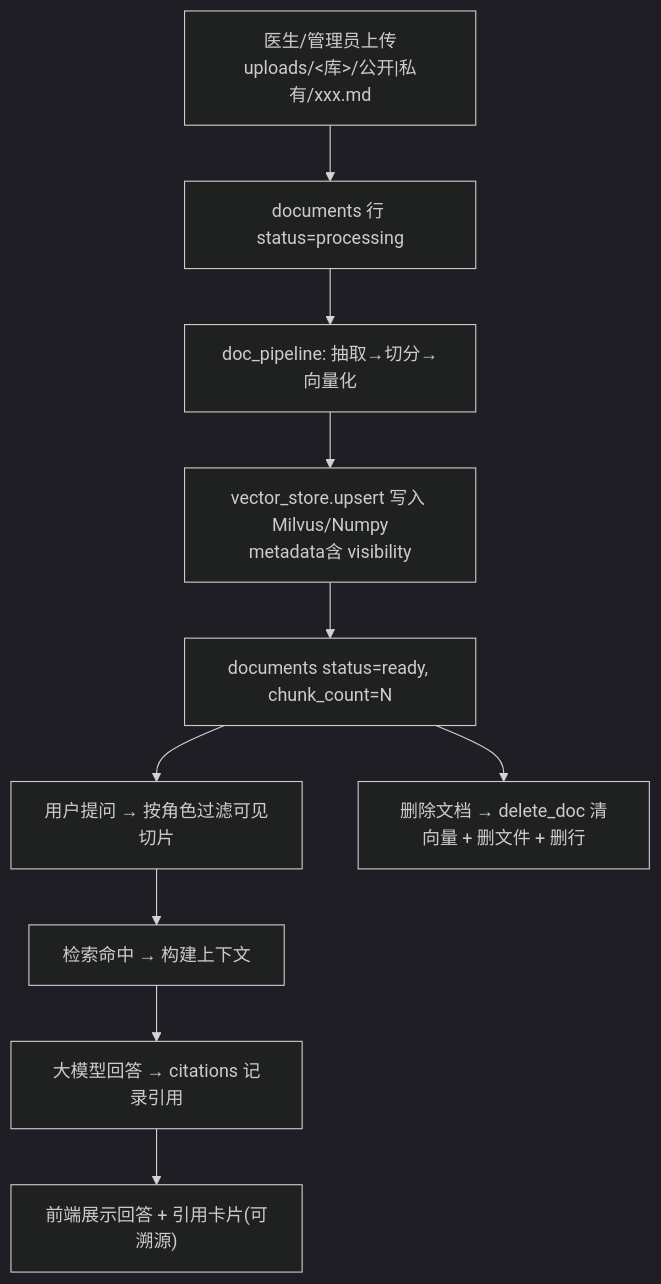
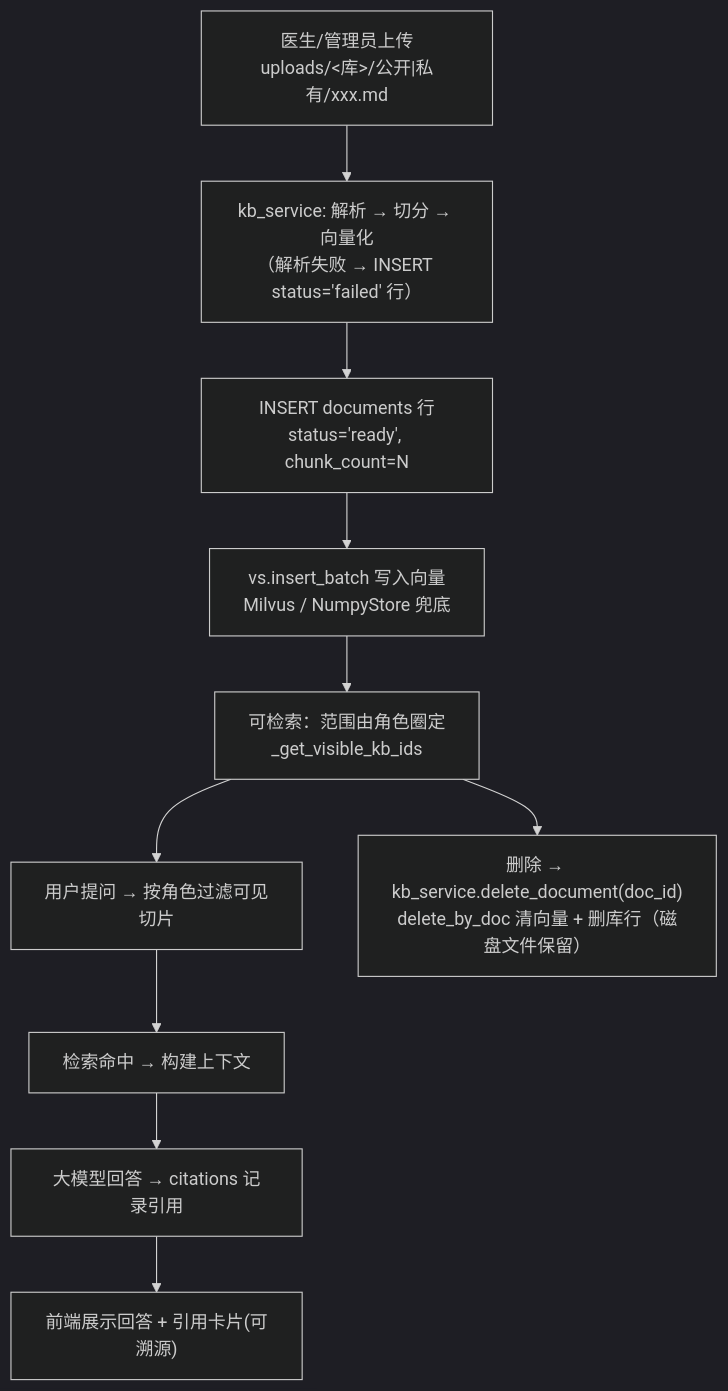
One commit to SFANBLOG/medical-assistant-master changed diagram 14 of 14 in 面试准备/项目完整架构与流程图.md. Above: the diagram before and after it, drawn with Mermaid (dark theme). The commit also changed other lines of this file and 3 other files, not shown here.

````diff
--- a/面试准备/项目完整架构与流程图.md
+++ b/面试准备/项目完整架构与流程图.md
@@ -361,12 +362,12 @@
 ```mermaid
 flowchart TD
-    A["医生/管理员上传<br/>uploads/<库>/公开|私有/xxx.md"] --> B["documents 行 status=processing"]
-    B --> C["doc_pipeline: 抽取→切分→向量化"]
-    C --> D["vector_store.upsert 写入 Milvus/Numpy<br/>metadata含 visibility"]
-    D --> E["documents status=ready, chunk_count=N"]
+    A["医生/管理员上传<br/>uploads/<库>/公开|私有/xxx.md"] --> B["kb_service: 解析 → 切分 → 向量化<br/>（解析失败 → INSERT status='failed' 行）"]
+    B --> C["INSERT documents 行<br/>status='ready', chunk_count=N"]
+    C --> D["vs.insert_batch 写入向量<br/>Milvus / NumpyStore 兜底"]
+    D --> E["可检索：范围由角色圈定<br/>_get_visible_kb_ids"]
     E --> F["用户提问 → 按角色过滤可见切片"]
     F --> G["检索命中 → 构建上下文"]
     G --> H["大模型回答 → citations 记录引用"]
     H --> I["前端展示回答 + 引用卡片(可溯源)"]
-    E --> J["删除文档 → delete_doc 清向量 + 删文件 + 删行"]
+    E --> J["删除 → kb_service.delete_document(doc_id)<br/>delete_by_doc 清向量 + 删库行（磁盘文件保留）"]
 ```
````
